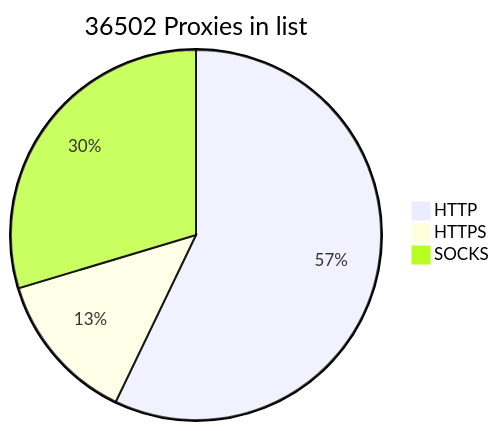
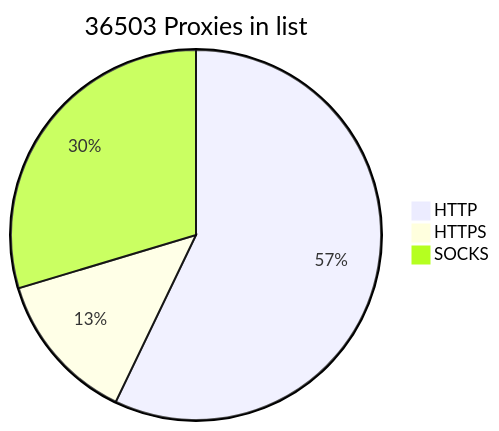
The diagram in README.md (BlackSnowDot/proxylist-update-every-minute), drawn with Mermaid before and after one commit.

````diff
--- a/README.md
+++ b/README.md
@@ -2,6 +2,6 @@
 ```mermaid
-pie title 36502 Proxies in list
-    "HTTP" : 23167
-    "HTTPS": 5363
-    "SOCKS" : 12018
+pie title 36503 Proxies in list
+    "HTTP" : 23168
+    "HTTPS": 5364
+    "SOCKS" : 12019
 ```
````
